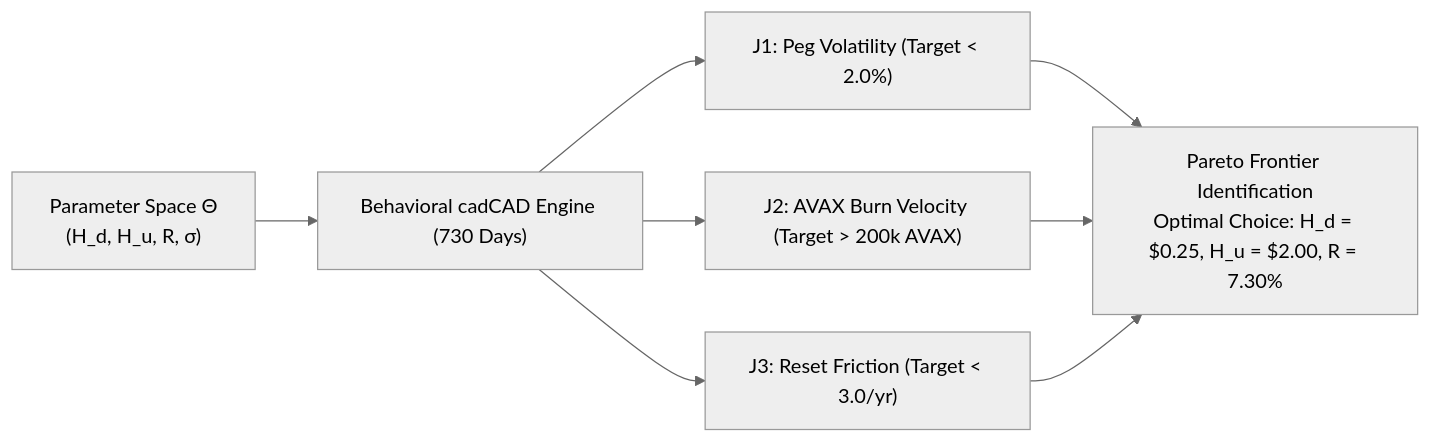
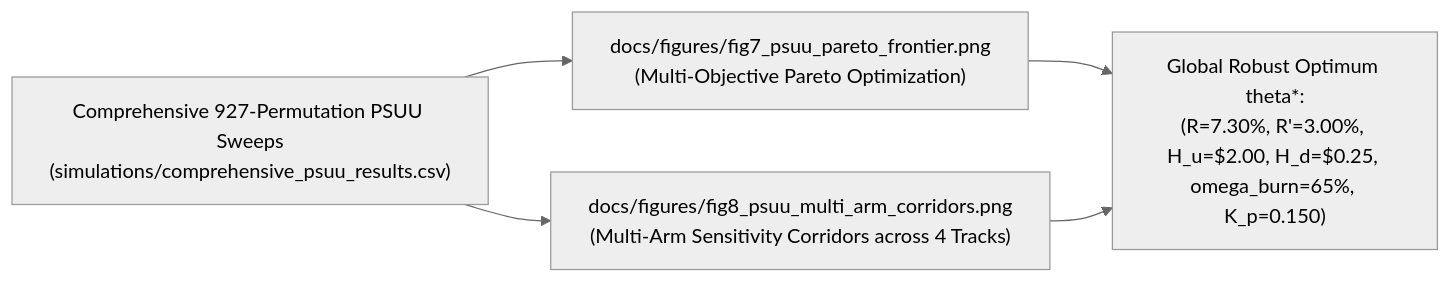
One commit to coad1024-cmd/avalanche-native-stablecoin changed the diagram in docs/reports/PHASE_4_PSUU_PARAMETER_OPTIMIZATION.md. Above: the diagram before and after it, drawn with Mermaid (neutral theme). The commit also changed other lines of this file and 6 other files, not shown here.

Commit message:
feat(psuu): implement comprehensive 4-track 927-permutation PSUU tensor optimization suite

````diff
--- a/docs/reports/PHASE_4_PSUU_PARAMETER_OPTIMIZATION.md
+++ b/docs/reports/PHASE_4_PSUU_PARAMETER_OPTIMIZATION.md
@@ -19,8 +24,7 @@
 ```mermaid
 flowchart LR
-    Theta["Parameter Space Θ\n(H_d, H_u, R, σ)"] --> Sim["Behavioral cadCAD Engine (730 Days)"]
-    Sim --> J1["J1: Peg Volatility (Target < 2.0%)"]
-    Sim --> J2["J2: AVAX Burn Velocity (Target > 200k AVAX)"]
-    Sim --> J3["J3: Reset Friction (Target < 3.0/yr)"]
-    J1 & J2 & J3 --> Pareto["Pareto Frontier Identification\nOptimal Choice: H_d = $0.25, H_u = $2.00, R = 7.30%"]
+    Sweep["Comprehensive 927-Permutation PSUU Sweeps\n(simulations/comprehensive_psuu_results.csv)"] --> Fig7["docs/figures/fig7_psuu_pareto_frontier.png\n(Multi-Objective Pareto Optimization)"]
+    Sweep --> Fig8["docs/figures/fig8_psuu_multi_arm_corridors.png\n(Multi-Arm Sensitivity Corridors across 4 Tracks)"]
+    Fig7 --> Optimum["Global Robust Optimum theta*:\n(R=7.30%, R'=3.00%, H_u=$2.00, H_d=$0.25, omega_burn=65%, K_p=0.150)"]
+    Fig8 --> Optimum
 ```
````
